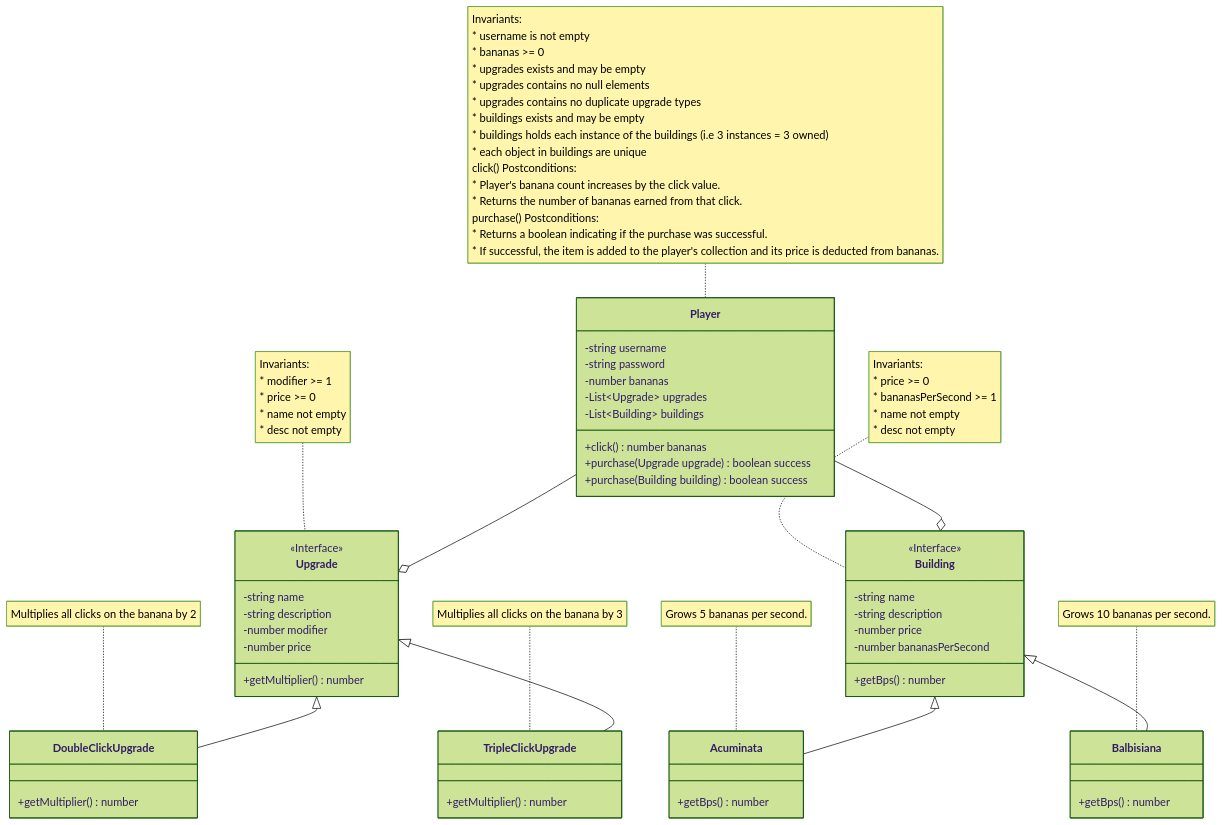
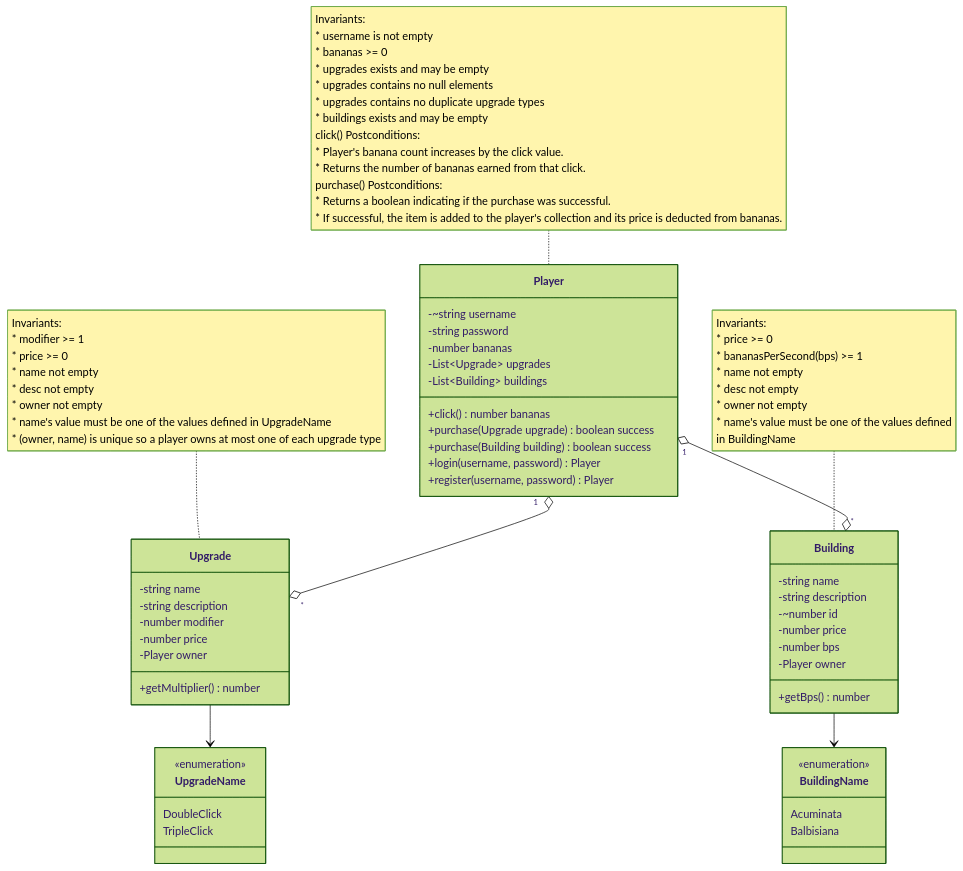
One commit to LiamMcCausland/Banana-Clicker changed the diagram in domain.md. Above: the diagram before and after it, drawn with Mermaid (forest theme). The commit also changed other lines of this file and 2 other files, not shown here.

Commit message:
Incorperated phase 2 feedback.

````diff
--- a/domain.md
+++ b/domain.md
@@ -9,82 +7,78 @@
 ```mermaid
 classDiagram
 class Player{
-        -string username
+        -~string username
         -string password
         -number bananas
         -List~Upgrade~ upgrades
         -List~Building~ buildings
         +click() number bananas
         +purchase(Upgrade upgrade) boolean success
         +purchase(Building building) boolean success
+        +login(username, password) Player
+        +register(username, password) Player
     }
     note for Player "Invariants:
     * username is not empty
     * bananas >= 0
     * upgrades exists and may be empty
     * upgrades contains no null elements
     * upgrades contains no duplicate upgrade types
     * buildings exists and may be empty
-    * buildings holds each instance of the buildings (i.e 3 instances = 3 owned)
-    * each object in buildings are unique
     click() Postconditions:
     * Player's banana count increases by the click value.
     * Returns the number of bananas earned from that click.
     purchase() Postconditions:
     * Returns a boolean indicating if the purchase was successful.
     * If successful, the item is added to the player's collection and its price is deducted from bananas.
     "
 class Upgrade {
-<<Interface>>
         -string name
         -string description
         -number modifier
         -number price
+        -Player owner
         +getMultiplier() number
     }
     note for Upgrade "Invariants:
     * modifier >= 1
     * price >= 0
     * name not empty
     * desc not empty
+    * owner not empty
+    * name's value must be one of the values defined in UpgradeName
+    * (owner, name) is unique so a player owns at most one of each upgrade type
     "
-class DoubleClickUpgrade {
-        +getMultiplier() number
-    }
-    note for DoubleClickUpgrade "Multiplies all clicks on the banana by 2"
-class TripleClickUpgrade {
-        +getMultiplier() number
-    }
-    note for TripleClickUpgrade "Multiplies all clicks on the banana by 3"
-
 class Building {
-<<Interface>>
         -string name
         -string description
+        -~number id
         -number price
-        -number bananasPerSecond
+        -number bps
+        -Player owner
         +getBps() number
     }
     note for Building "Invariants:
     * price >= 0
-    * bananasPerSecond >= 1
+    * bananasPerSecond(bps) >= 1
     * name not empty
     * desc not empty
+    * owner not empty
+    * name's value must be one of the values defined 
+in BuildingName
     "
-class Acuminata {
-      +getBps() number
-    }
-    note for Acuminata "Grows 5 bananas per second."
-class Balbisiana {
-
-      +getBps() number
-    }
-    note for Balbisiana "Grows 10 bananas per second."
-
-    Upgrade <|-- DoubleClickUpgrade
-    Upgrade <|-- TripleClickUpgrade
-    Building <|-- Acuminata
-    Building <|-- Balbisiana
-    Player --o Upgrade
-    Player --o Building
+class UpgradeName {
+    <<enumeration>>
+    DoubleClick
+    TripleClick
+}
+class BuildingName {
+    <<enumeration>>
+    Acuminata
+    Balbisiana
+}
+    Player "1" o--o "*" Upgrade
+    Player "1" o--o "*" Building
+    Upgrade --> UpgradeName
+    Building --> BuildingName
 ```
````
